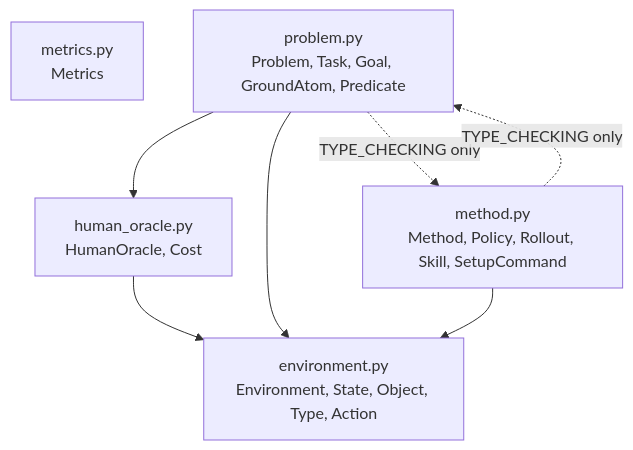
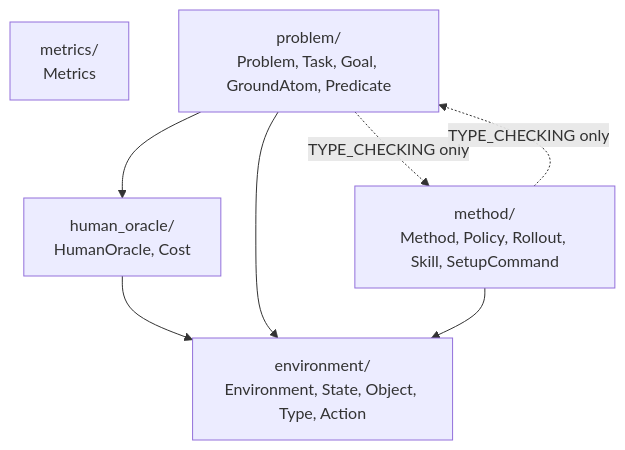
Before and after one commit to joshnroy/human-in-the-loop-practice-makes-perfect: the diagram in src/hitl_pmp/core/README.md, drawn with Mermaid. The commit also changed other lines of this file and 17 other files, not shown here.

````diff
--- a/src/hitl_pmp/core/README.md
+++ b/src/hitl_pmp/core/README.md
@@ -87,15 +103,15 @@
 ```mermaid
 graph TD
-    environment["environment.py<br/>Environment, State, Object, Type, Action"]
-    human_oracle["human_oracle.py<br/>HumanOracle, Cost"]
-    metrics["metrics.py<br/>Metrics"]
-    problem["problem.py<br/>Problem, Task, Goal, GroundAtom, Predicate"]
-    method["method.py<br/>Method, Policy, Rollout, Skill, SetupCommand"]
+    environment["environment/<br/>Environment, State, Object, Type, Action"]
+    human_oracle["human_oracle/<br/>HumanOracle, Cost"]
+    metrics["metrics/<br/>Metrics"]
+    problem["problem/<br/>Problem, Task, Goal, GroundAtom, Predicate"]
+    method["method/<br/>Method, Policy, Rollout, Skill, SetupCommand"]
 
     human_oracle --> environment
     problem --> environment
     problem --> human_oracle
     method --> environment
     problem -.->|TYPE_CHECKING only| method
     method -.->|TYPE_CHECKING only| problem
 ```
````
